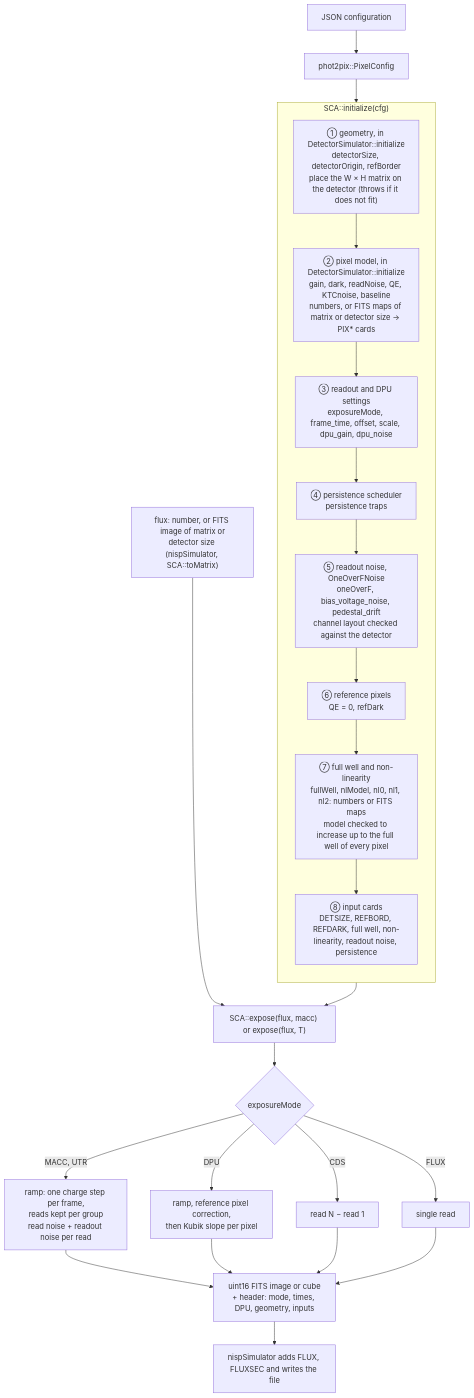
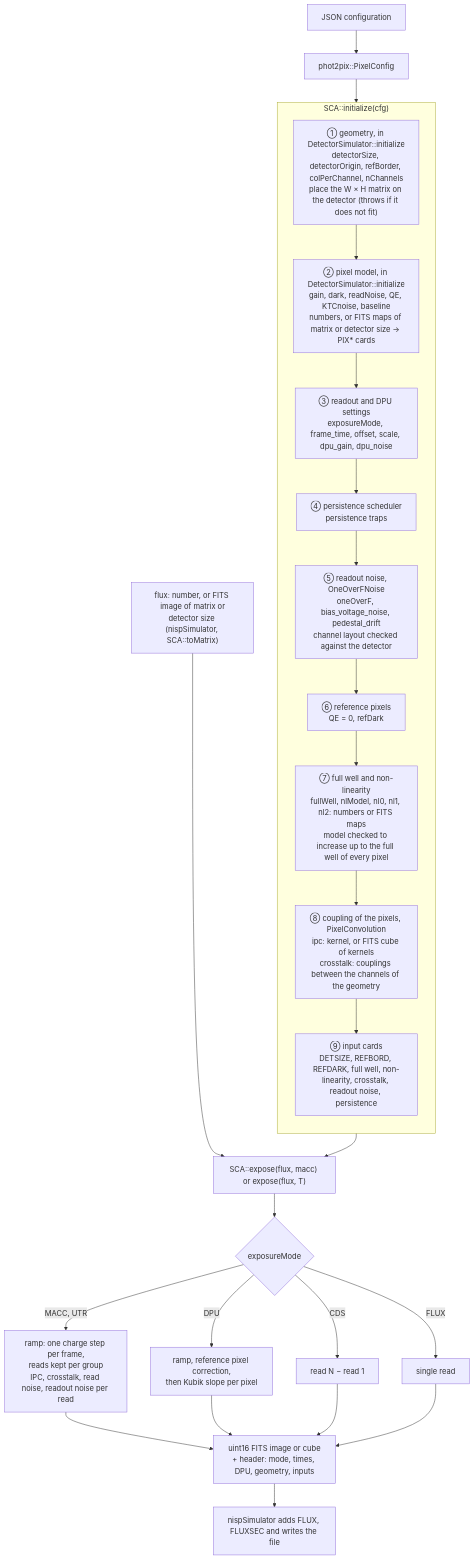
The second of 4 diagrams in wiki/NISP-example.md (Pulsar2011/phot2pix), drawn with Mermaid before and after one commit. The commit also changed other lines of this file and 28 other files, not shown here.

````diff
--- a/wiki/NISP-example.md
+++ b/wiki/NISP-example.md
@@ -70,33 +73,34 @@
 ```mermaid
 flowchart TD
     JSON["JSON configuration"] --> CFG["phot2pix::PixelConfig"]
 
     subgraph INIT ["SCA::initialize(cfg)"]
         direction TB
-        I1["① geometry, in DetectorSimulator::initialize<br/>detectorSize, detectorOrigin, refBorder<br/>place the W × H matrix on the detector (throws if it does not fit)"]
+        I1["① geometry, in DetectorSimulator::initialize<br/>detectorSize, detectorOrigin, refBorder, colPerChannel, nChannels<br/>place the W × H matrix on the detector (throws if it does not fit)"]
         I2["② pixel model, in DetectorSimulator::initialize<br/>gain, dark, readNoise, QE, KTCnoise, baseline<br/>numbers, or FITS maps of matrix or detector size → PIX* cards"]
         I3["③ readout and DPU settings<br/>exposureMode, frame_time, offset, scale, dpu_gain, dpu_noise"]
         I4["④ persistence scheduler<br/>persistence traps"]
         I5["⑤ readout noise, OneOverFNoise<br/>oneOverF, bias_voltage_noise, pedestal_drift<br/>channel layout checked against the detector"]
         I6["⑥ reference pixels<br/>QE = 0, refDark"]
         I7["⑦ full well and non-linearity<br/>fullWell, nlModel, nl0, nl1, nl2: numbers or FITS maps<br/>model checked to increase up to the full well of every pixel"]
-        I8["⑧ input cards<br/>DETSIZE, REFBORD, REFDARK, full well, non-linearity, readout noise, persistence"]
-        I1 --> I2 --> I3 --> I4 --> I5 --> I6 --> I7 --> I8
+        I8["⑧ coupling of the pixels, PixelConvolution<br/>ipc: kernel, or FITS cube of kernels<br/>crosstalk: couplings between the channels of the geometry"]
+        I9["⑨ input cards<br/>DETSIZE, REFBORD, REFDARK, full well, non-linearity, crosstalk, readout noise, persistence"]
+        I1 --> I2 --> I3 --> I4 --> I5 --> I6 --> I7 --> I8 --> I9
     end
 
     CFG --> INIT
     FLUX["flux: number, or FITS image of matrix or<br/>detector size (nispSimulator, SCA::toMatrix)"] --> EXP
     INIT --> EXP["SCA::expose(flux, macc) or expose(flux, T)"]
 
     EXP --> MODE{"exposureMode"}
-    MODE -->|"MACC, UTR"| RAMP["ramp: one charge step per frame,<br/>reads kept per group<br/>read noise + readout noise per read"]
+    MODE -->|"MACC, UTR"| RAMP["ramp: one charge step per frame,<br/>reads kept per group<br/>IPC, crosstalk, read noise, readout noise per read"]
     MODE -->|"DPU"| RAMP2["ramp, reference pixel correction,<br/>then Kubik slope per pixel"]
     MODE -->|"CDS"| CDS["read N − read 1"]
     MODE -->|"FLUX"| ONE["single read"]
 
     RAMP --> OUT["uint16 FITS image or cube<br/>+ header: mode, times, DPU, geometry, inputs"]
     RAMP2 --> OUT
     CDS --> OUT
     ONE --> OUT
     OUT --> TOOL["nispSimulator adds FLUX, FLUXSEC and writes the file"]
 ```
````
